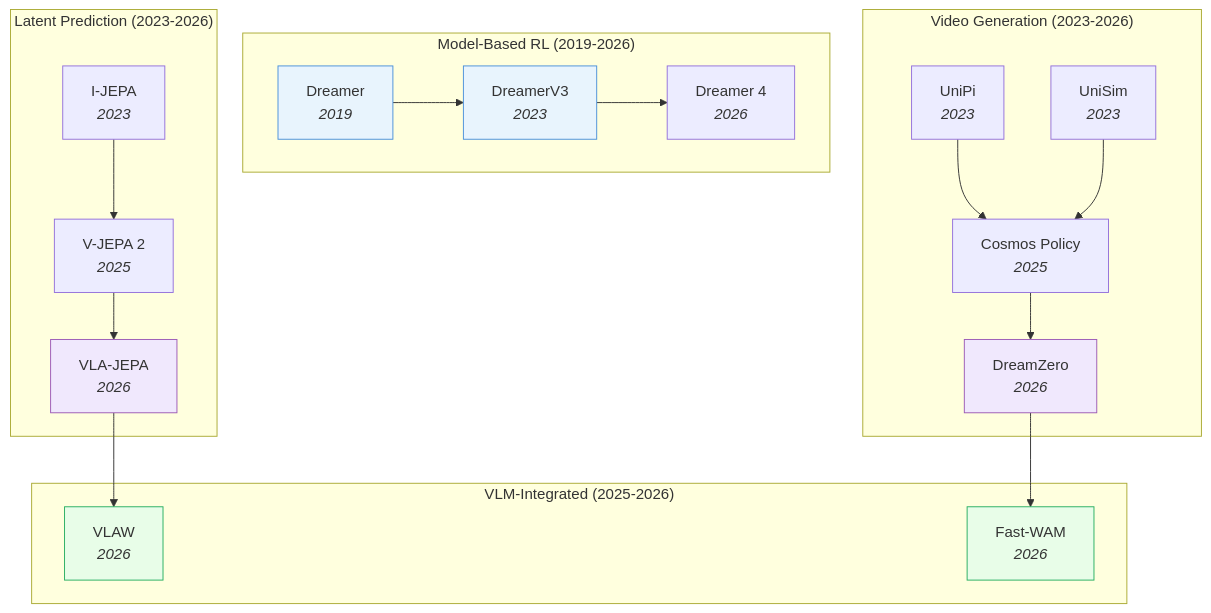
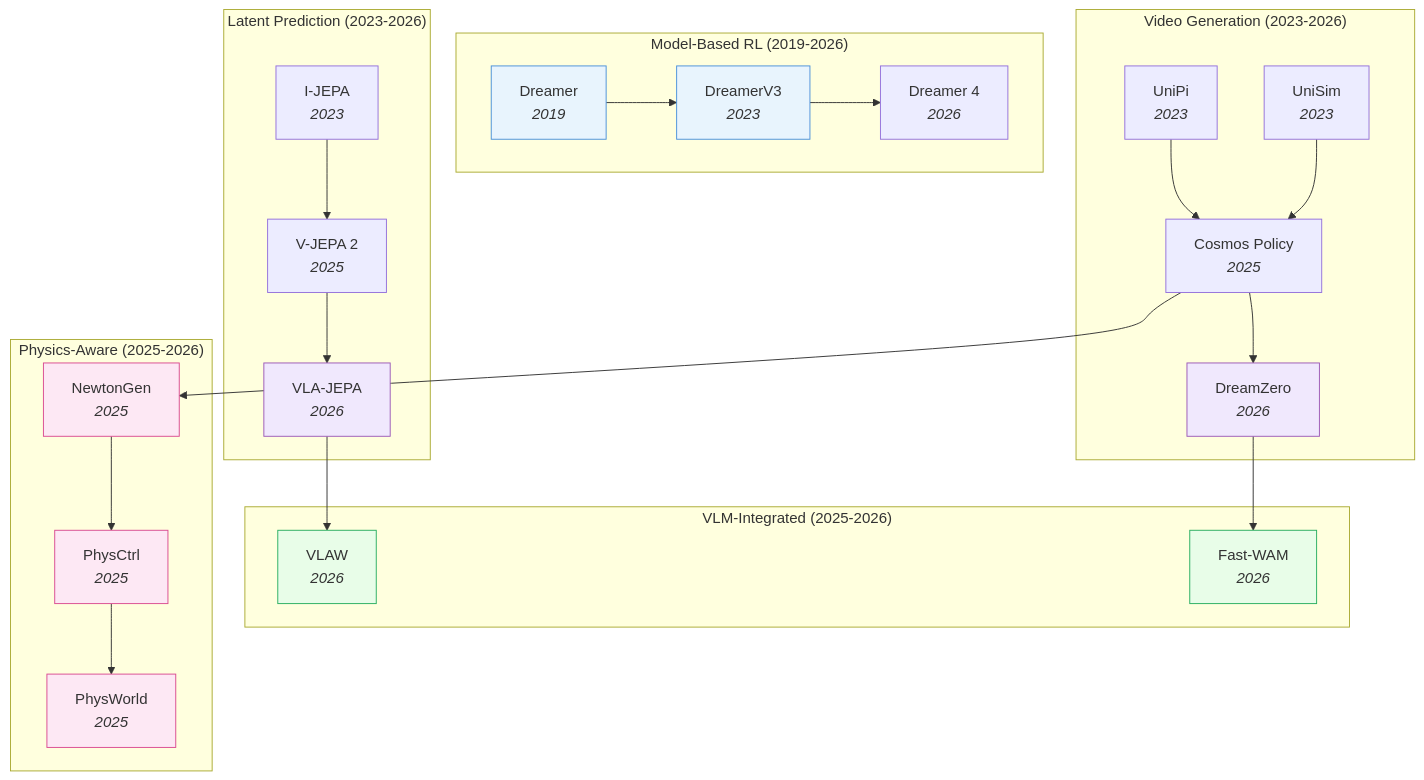
One commit to ChuaHanChong/ResearchBrain changed the diagram in Embodied-AI/04_WAM.md. Above: the diagram before and after it, drawn with Mermaid. The commit also changed other lines of this file and 125 other files, not shown here.

````diff
--- a/Embodied-AI/04_WAM.md
+++ b/Embodied-AI/04_WAM.md
@@ -21,40 +21,52 @@
 ```mermaid
 graph TD
     subgraph "Model-Based RL (2019-2026)"
         A["Dreamer<br/><i>2019</i>"]
         B["DreamerV3<br/><i>2023</i>"]
         C["Dreamer 4<br/><i>2026</i>"]
     end
 
     subgraph "Video Generation (2023-2026)"
         D["UniPi<br/><i>2023</i>"]
         E["UniSim<br/><i>2023</i>"]
         F["Cosmos Policy<br/><i>2025</i>"]
         G["DreamZero<br/><i>2026</i>"]
     end
 
     subgraph "Latent Prediction (2023-2026)"
         H["I-JEPA<br/><i>2023</i>"]
         I["V-JEPA 2<br/><i>2025</i>"]
         J["VLA-JEPA<br/><i>2026</i>"]
     end
 
     subgraph "VLM-Integrated (2025-2026)"
         K["VLAW<br/><i>2026</i>"]
         L["Fast-WAM<br/><i>2026</i>"]
     end
 
+    subgraph "Physics-Aware (2025-2026)"
+        N["NewtonGen<br/><i>2025</i>"]
+        O["PhysCtrl<br/><i>2025</i>"]
+        P["PhysWorld<br/><i>2025</i>"]
+    end
+
     A --> B --> C
     D --> F --> G
     E --> F
     H --> I --> J
     J --> K
     G --> L
+    F --> N
+    N --> O
+    O --> P
 
     style A fill:#e8f4fd,stroke:#4a90d9
     style B fill:#e8f4fd,stroke:#4a90d9
     style G fill:#f0e8fd,stroke:#9b59b6
     style J fill:#f0e8fd,stroke:#9b59b6
     style K fill:#e8fde8,stroke:#27ae60
     style L fill:#e8fde8,stroke:#27ae60
+    style N fill:#fde8f4,stroke:#d94a90
+    style O fill:#fde8f4,stroke:#d94a90
+    style P fill:#fde8f4,stroke:#d94a90
 ```
````
